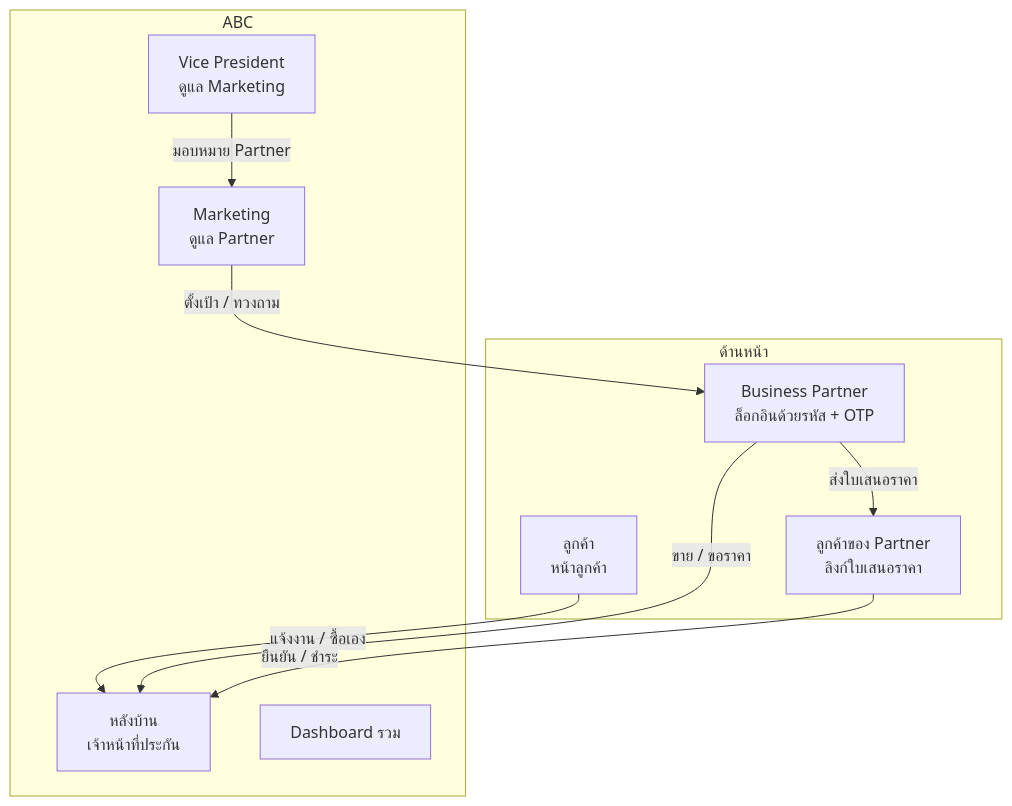
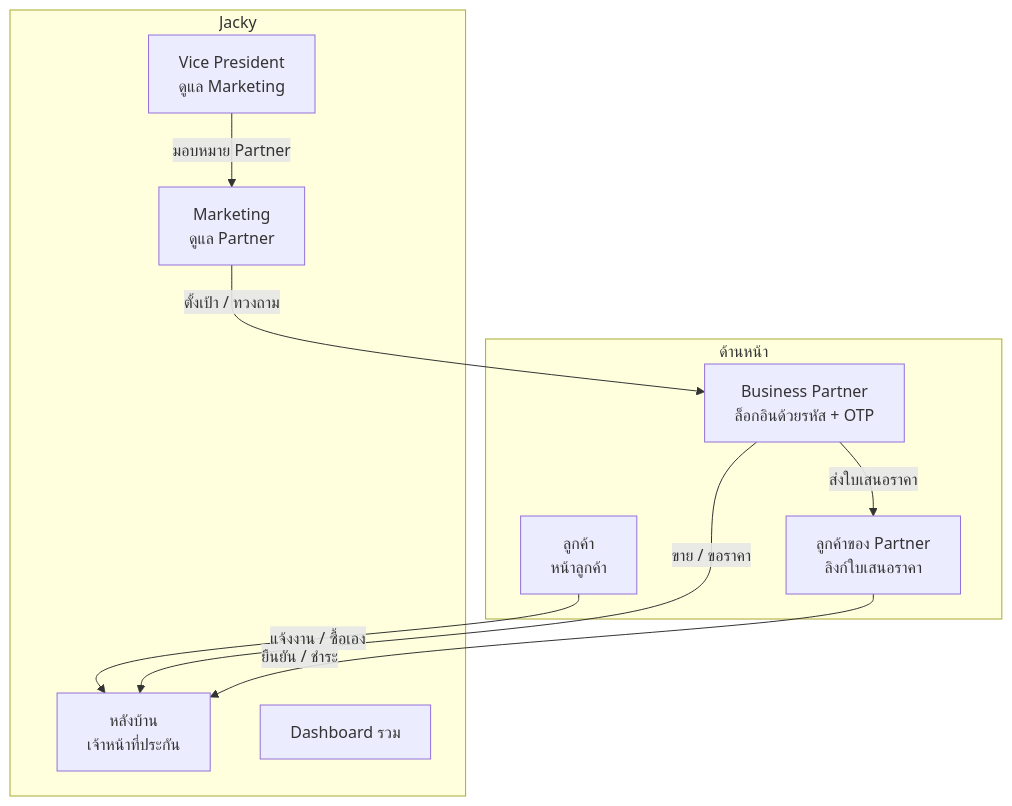
One commit to narongdechpas-coder/learn changed the first of 8 diagrams in docs/SYSTEM_STRUCTURE.md. Above: the diagram before and after it, drawn with Mermaid. The commit also changed other lines of this file and 20 other files, not shown here.

First line of the commit message:
Rename ABC to Jacky everywhere; full-height side panel flush left

````diff
--- a/docs/SYSTEM_STRUCTURE.md
+++ b/docs/SYSTEM_STRUCTURE.md
@@ -25,20 +25,20 @@
 ```mermaid
 flowchart TB
   subgraph Front["ด้านหน้า"]
     C[ลูกค้า<br/>หน้าลูกค้า]
     BP[Business Partner<br/>ล็อกอินด้วยรหัส + OTP]
     OF[ลูกค้าของ Partner<br/>ลิงก์ใบเสนอราคา]
   end
-  subgraph ABC["ABC"]
+  subgraph Jacky["Jacky"]
     BO[หลังบ้าน<br/>เจ้าหน้าที่ประกัน]
     MK[Marketing<br/>ดูแล Partner]
     VP[Vice President<br/>ดูแล Marketing]
     DB[Dashboard รวม]
   end
   C -->|แจ้งงาน / ซื้อเอง| BO
   BP -->|ขาย / ขอราคา| BO
   BP -->|ส่งใบเสนอราคา| OF
   OF -->|ยืนยัน / ชำระ| BO
   MK -->|ตั้งเป้า / ทวงถาม| BP
   VP -->|มอบหมาย Partner| MK
 ```
````
